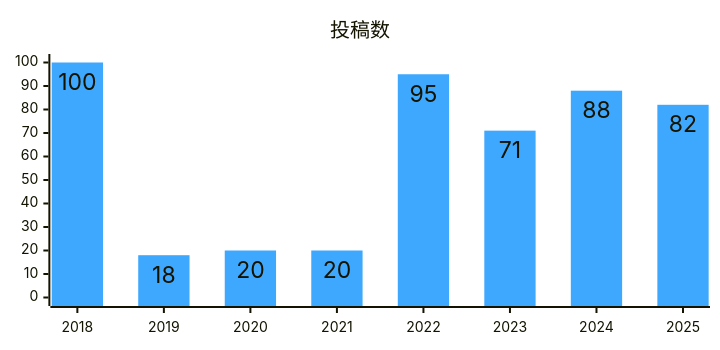
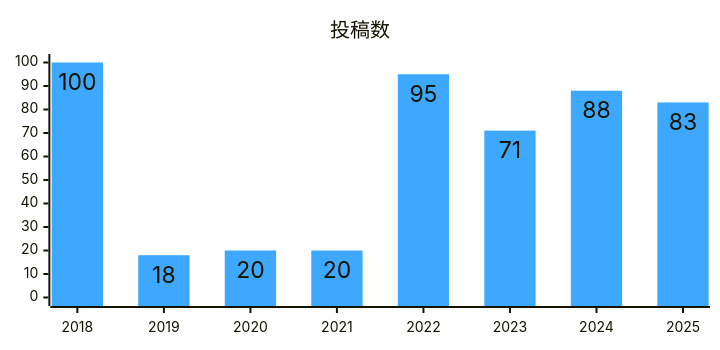
The seventh of 21 diagrams in articles/iosdc-2025-cfp.md (psbss/blog), drawn with Mermaid before and after one commit. The commit also changed other lines of this file, not shown here.

````diff
--- a/articles/iosdc-2025-cfp.md
+++ b/articles/iosdc-2025-cfp.md
@@ -183,16 +183,16 @@
 ```mermaid
 ---
 config:
     xyChart:
         height: 330
         showDataLabel: true
     themeVariables:
         xyChart:
             plotColorPalette: '#3EA8FF'
 ---
 xychart-beta
     title "投稿数"
     x-axis [2018, 2019, 2020, 2021, 2022, 2023, 2024, 2025]
     y-axis 0 --> 100
-    bar [100, 18, 20, 20, 95, 71, 88, 82]
+    bar [100, 18, 20, 20, 95, 71, 88, 83]
 ```
````
